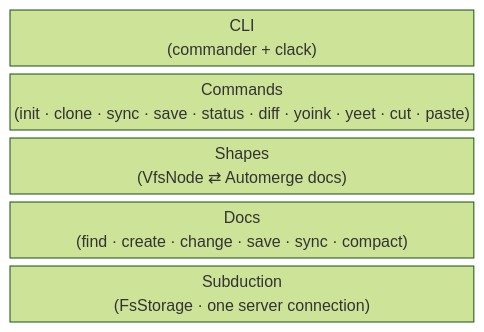
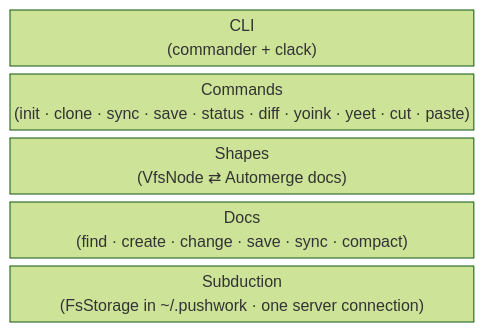
The diagram in design/README.md (inkandswitch/pushwork), drawn with Mermaid (forest theme) before and after one commit. The commit also changed other lines of this file and 4 other files, not shown here.

````diff
--- a/design/README.md
+++ b/design/README.md
@@ -17,9 +17,9 @@
 ```mermaid
 block-beta
     columns 1
     CLI["CLI<br/>(commander + clack)"]
     Commands["Commands<br/>(init · clone · sync · save · status · diff · yoink · yeet · cut · paste)"]
     Shapes["Shapes<br/>(VfsNode ⇄ Automerge docs)"]
     Docs["Docs<br/>(find · create · change · save · sync · compact)"]
-    Subduction["Subduction<br/>(FsStorage · one server connection)"]
+    Subduction["Subduction<br/>(FsStorage in ~/.pushwork · one server connection)"]
 ```
````
